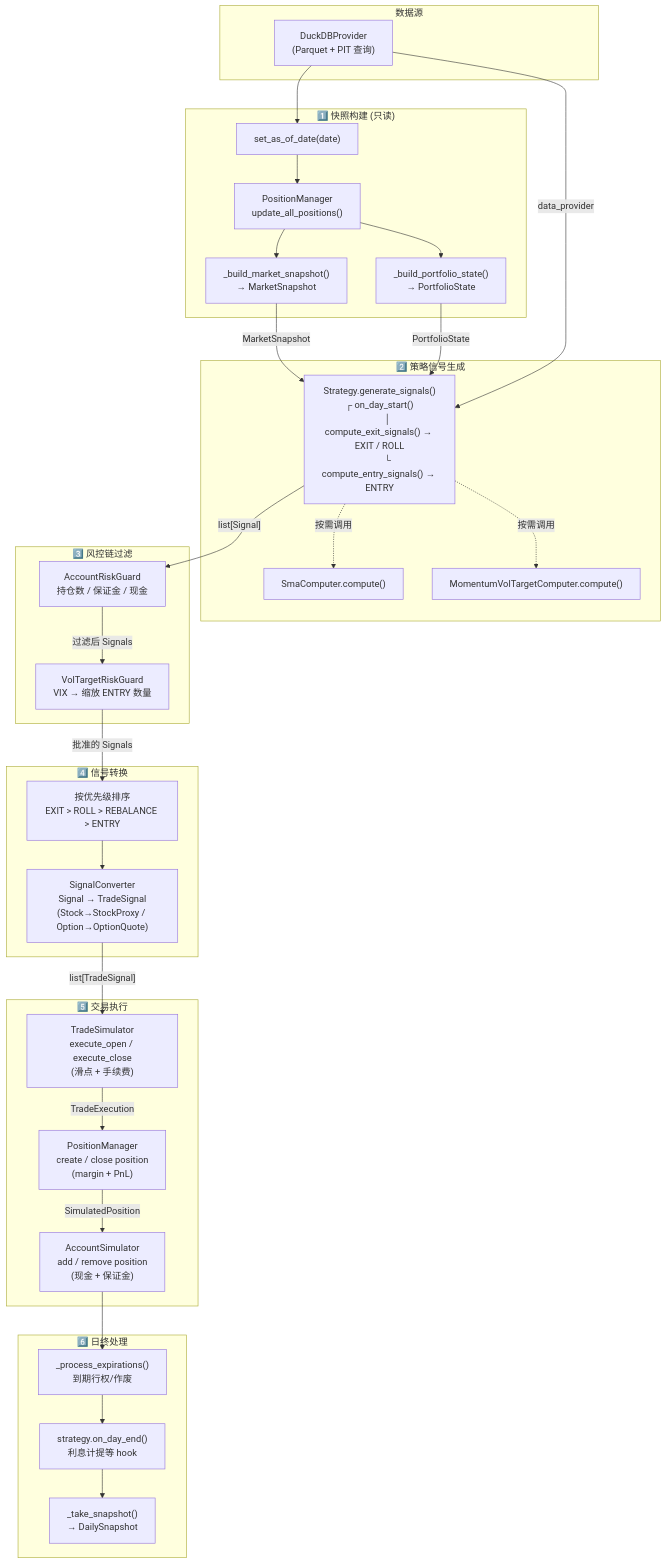
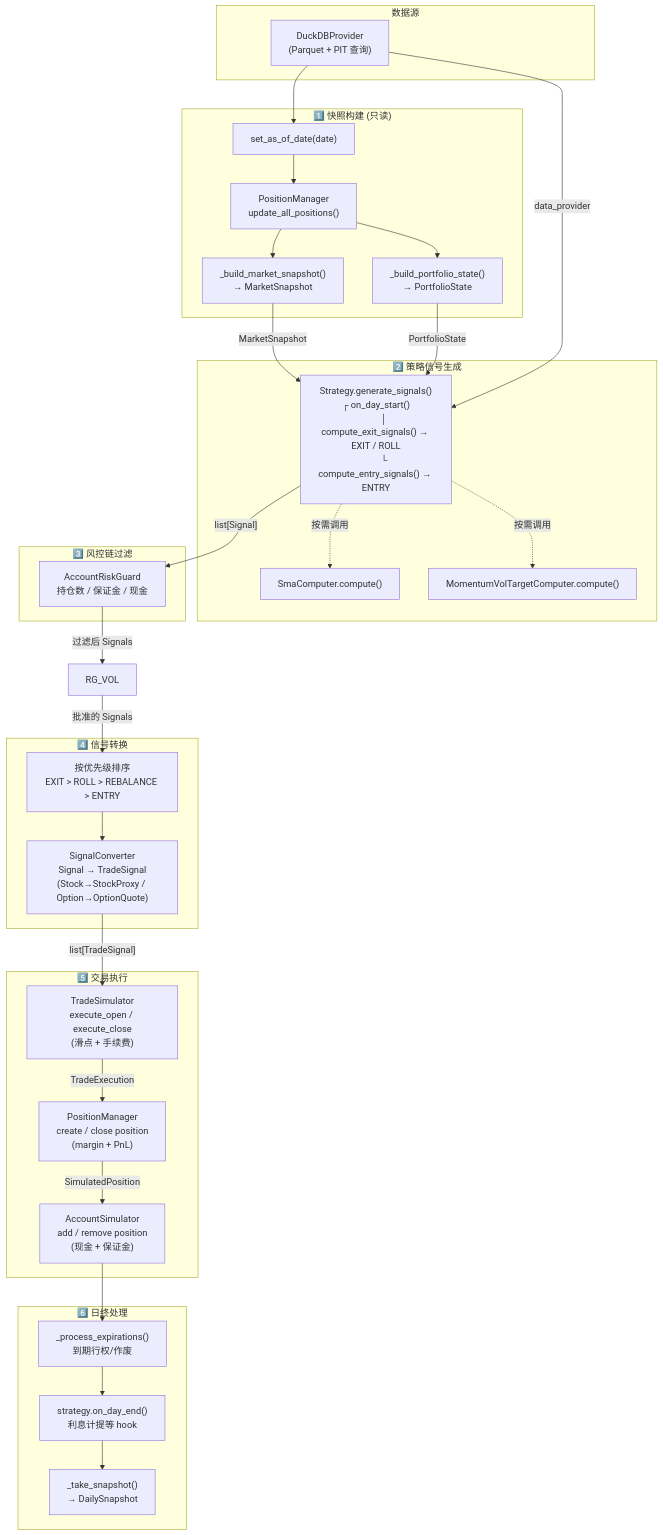
One commit to BradLeon/option_quant_trade_system changed the second of 2 diagrams in docs/development/backtest_v2_architecture.md. Above: the diagram before and after it, drawn with Mermaid. The commit also changed other lines of this file and 4 other files, not shown here.

First line of the commit message:
refactor(risk): 删除冗余的 VolTargetRiskGuard

````diff
--- a/docs/development/backtest_v2_architecture.md
+++ b/docs/development/backtest_v2_architecture.md
@@ -285,69 +278,68 @@
 ```mermaid
 flowchart TD
     subgraph 数据源
         DP["DuckDBProvider<br/>(Parquet + PIT 查询)"]
     end
 
     subgraph 快照构建["1️⃣ 快照构建 (只读)"]
         SET_DATE["set_as_of_date(date)"]
         UPDATE_POS["PositionManager<br/>update_all_positions()"]
         BUILD_MKT["_build_market_snapshot()<br/>→ MarketSnapshot"]
         BUILD_PORT["_build_portfolio_state()<br/>→ PortfolioState"]
     end
 
     subgraph 信号生成["2️⃣ 策略信号生成"]
         STRATEGY["Strategy.generate_signals()<br/>┌ on_day_start()
         │ compute_exit_signals() → EXIT / ROLL
         └ compute_entry_signals() → ENTRY"]
         SC_SMA["SmaComputer.compute()"]
         SC_MOM["MomentumVolTargetComputer.compute()"]
     end
 
     subgraph 风控过滤["3️⃣ 风控链过滤"]
         RG_ACC["AccountRiskGuard<br/>持仓数 / 保证金 / 现金"]
-        RG_VOL["VolTargetRiskGuard<br/>VIX → 缩放 ENTRY 数量"]
     end
 
     subgraph 信号转换["4️⃣ 信号转换"]
         CONVERT["SignalConverter<br/>Signal → TradeSignal<br/>(Stock→StockProxy / Option→OptionQuote)"]
         SORT["按优先级排序<br/>EXIT > ROLL > REBALANCE > ENTRY"]
     end
 
     subgraph 执行引擎["5️⃣ 交易执行"]
         TS["TradeSimulator<br/>execute_open / execute_close<br/>(滑点 + 手续费)"]
         PM["PositionManager<br/>create / close position<br/>(margin + PnL)"]
         AS["AccountSimulator<br/>add / remove position<br/>(现金 + 保证金)"]
     end
 
     subgraph 收尾["6️⃣ 日终处理"]
         EXPIRE["_process_expirations()<br/>到期行权/作废"]
         DAY_END["strategy.on_day_end()<br/>利息计提等 hook"]
         SNAP["_take_snapshot()<br/>→ DailySnapshot"]
     end
 
     %% ═══ 流程连接 ═══
     DP --> SET_DATE
     SET_DATE --> UPDATE_POS
     UPDATE_POS --> BUILD_MKT
     UPDATE_POS --> BUILD_PORT
 
     BUILD_MKT --> |MarketSnapshot| STRATEGY
     BUILD_PORT --> |PortfolioState| STRATEGY
     DP --> |data_provider| STRATEGY
 
     STRATEGY -.-> |按需调用| SC_SMA
     STRATEGY -.-> |按需调用| SC_MOM
 
     STRATEGY --> |"list[Signal]"| RG_ACC
     RG_ACC --> |过滤后 Signals| RG_VOL
     RG_VOL --> |批准的 Signals| SORT
     SORT --> CONVERT
     CONVERT --> |"list[TradeSignal]"| TS
 
     TS --> |TradeExecution| PM
     PM --> |SimulatedPosition| AS
 
     AS --> EXPIRE
     EXPIRE --> DAY_END
     DAY_END --> SNAP
 ```
````
